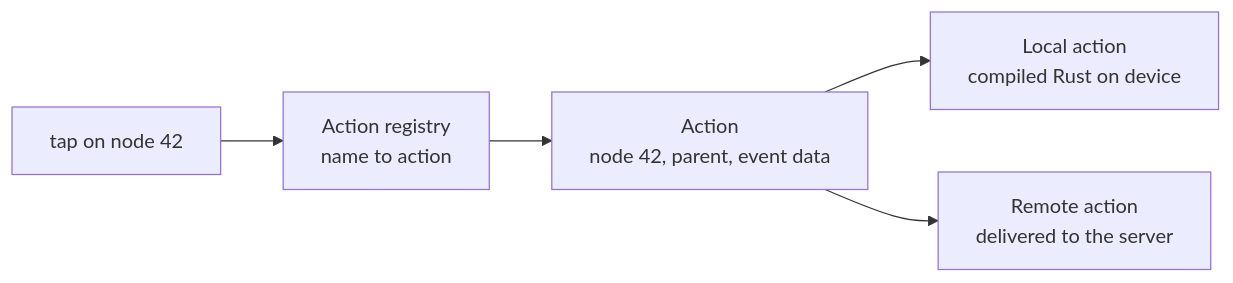
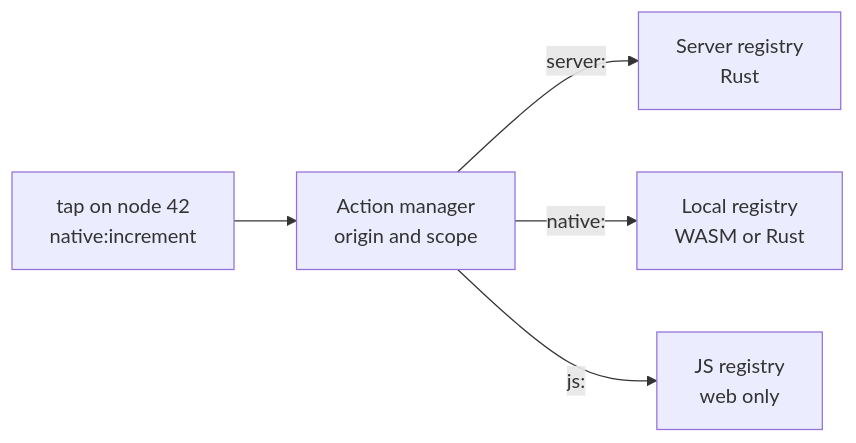
Before and after one commit to ewe-studios/ewe_platform: the second of 2 diagrams in specifications/69-foundation-ui-v2/research/11-app-store-and-command-bus.md, drawn with Mermaid. The commit also changed other lines of this file and 9 other files, not shown here.

Commit message:
Record the action scope and origin markers in the spec 69 research

````diff
--- a/specifications/69-foundation-ui-v2/research/11-app-store-and-command-bus.md
+++ b/specifications/69-foundation-ui-v2/research/11-app-store-and-command-bus.md
@@ -83,7 +85,7 @@
 ```mermaid
 flowchart LR
-    E["tap on node 42"] --> R["Action registry<br/>name to action"]
-    R --> A["Action<br/>node 42, parent, event data"]
-    A --> L["Local action<br/>compiled Rust on device"]
-    A --> S["Remote action<br/>delivered to the server"]
+    E["tap on node 42<br/>native:increment"] --> M["Action manager<br/>origin and scope"]
+    M -->|"server:"| SR["Server registry<br/>Rust"]
+    M -->|"native:"| NR["Local registry<br/>WASM or Rust"]
+    M -->|"js:"| JR["JS registry<br/>web only"]
 ```
````
